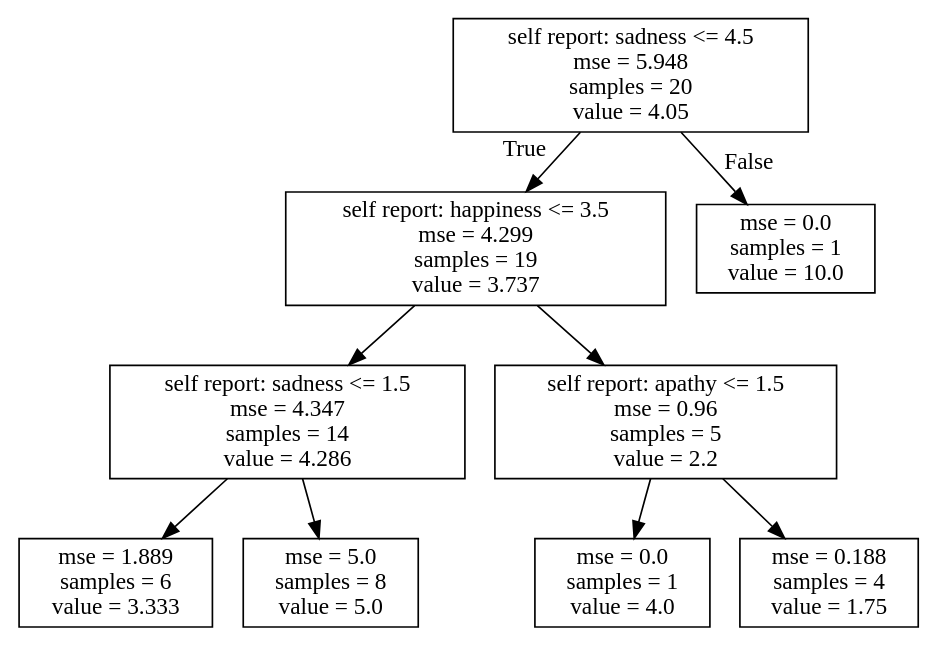
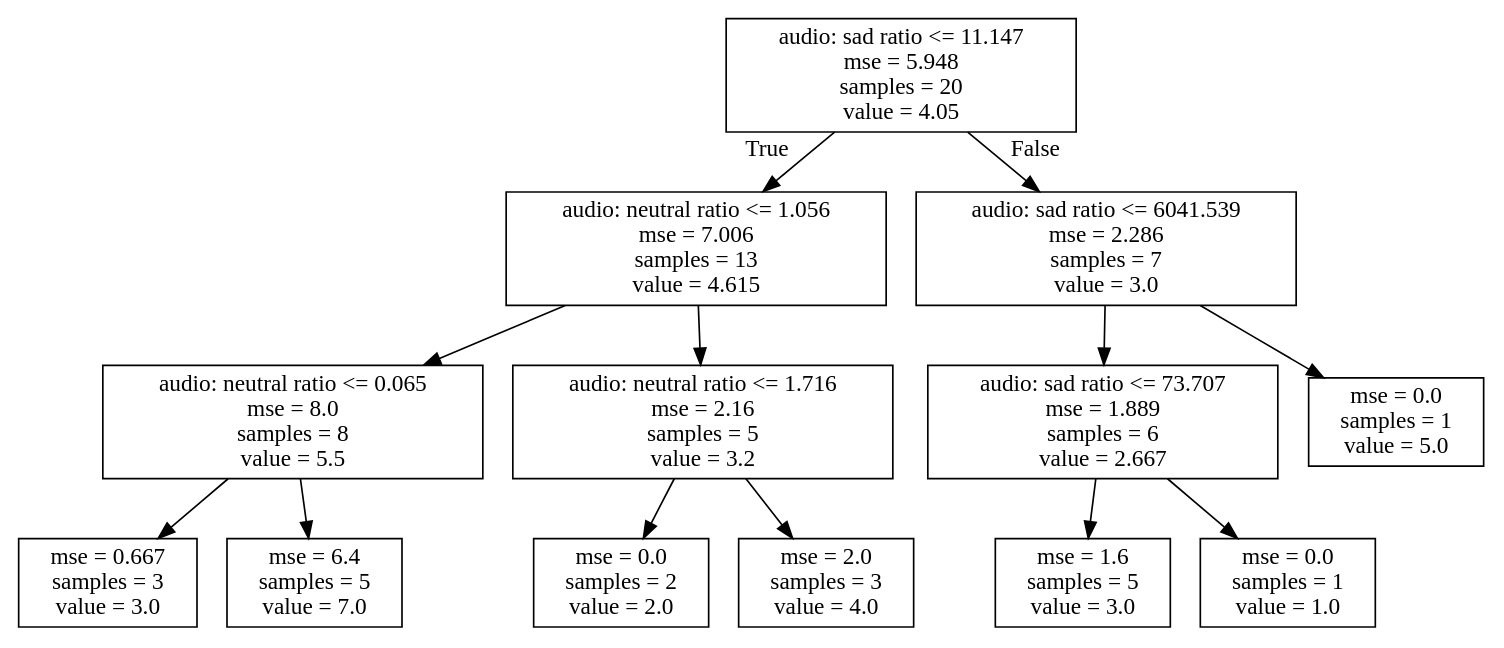
The diagram in tree_trust.dot (orlinle/EPIC_model), drawn with Graphviz before and after one commit. The commit also changed 17 other files, not shown here.

Commit message:
SeparateData: added alternative self-report analysis, added plots  PlotResults: plot offer as function of emotion strength

```diff
--- a/tree_trust.dot
+++ b/tree_trust.dot
@@ -1,20 +1,28 @@
 digraph Tree {
 node [shape=box] ;
-0 [label="self report: sadness <= 4.5\nmse = 5.948\nsamples = 20\nvalue = 4.05"] ;
-1 [label="self report: happiness <= 3.5\nmse = 4.299\nsamples = 19\nvalue = 3.737"] ;
+0 [label="audio: sad ratio <= 11.147\nmse = 5.948\nsamples = 20\nvalue = 4.05"] ;
+1 [label="audio: neutral ratio <= 1.056\nmse = 7.006\nsamples = 13\nvalue = 4.615"] ;
 0 -> 1 [labeldistance=2.5, labelangle=45, headlabel="True"] ;
-2 [label="self report: sadness <= 1.5\nmse = 4.347\nsamples = 14\nvalue = 4.286"] ;
+2 [label="audio: neutral ratio <= 0.065\nmse = 8.0\nsamples = 8\nvalue = 5.5"] ;
 1 -> 2 ;
-3 [label="mse = 1.889\nsamples = 6\nvalue = 3.333"] ;
+3 [label="mse = 0.667\nsamples = 3\nvalue = 3.0"] ;
 2 -> 3 ;
-4 [label="mse = 5.0\nsamples = 8\nvalue = 5.0"] ;
+4 [label="mse = 6.4\nsamples = 5\nvalue = 7.0"] ;
 2 -> 4 ;
-5 [label="self report: apathy <= 1.5\nmse = 0.96\nsamples = 5\nvalue = 2.2"] ;
+5 [label="audio: neutral ratio <= 1.716\nmse = 2.16\nsamples = 5\nvalue = 3.2"] ;
 1 -> 5 ;
-6 [label="mse = 0.0\nsamples = 1\nvalue = 4.0"] ;
+6 [label="mse = 0.0\nsamples = 2\nvalue = 2.0"] ;
 5 -> 6 ;
-7 [label="mse = 0.188\nsamples = 4\nvalue = 1.75"] ;
+7 [label="mse = 2.0\nsamples = 3\nvalue = 4.0"] ;
 5 -> 7 ;
-8 [label="mse = 0.0\nsamples = 1\nvalue = 10.0"] ;
+8 [label="audio: sad ratio <= 6041.539\nmse = 2.286\nsamples = 7\nvalue = 3.0"] ;
 0 -> 8 [labeldistance=2.5, labelangle=-45, headlabel="False"] ;
+9 [label="audio: sad ratio <= 73.707\nmse = 1.889\nsamples = 6\nvalue = 2.667"] ;
+8 -> 9 ;
+10 [label="mse = 1.6\nsamples = 5\nvalue = 3.0"] ;
+9 -> 10 ;
+11 [label="mse = 0.0\nsamples = 1\nvalue = 1.0"] ;
+9 -> 11 ;
+12 [label="mse = 0.0\nsamples = 1\nvalue = 5.0"] ;
+8 -> 12 ;
 }
```
